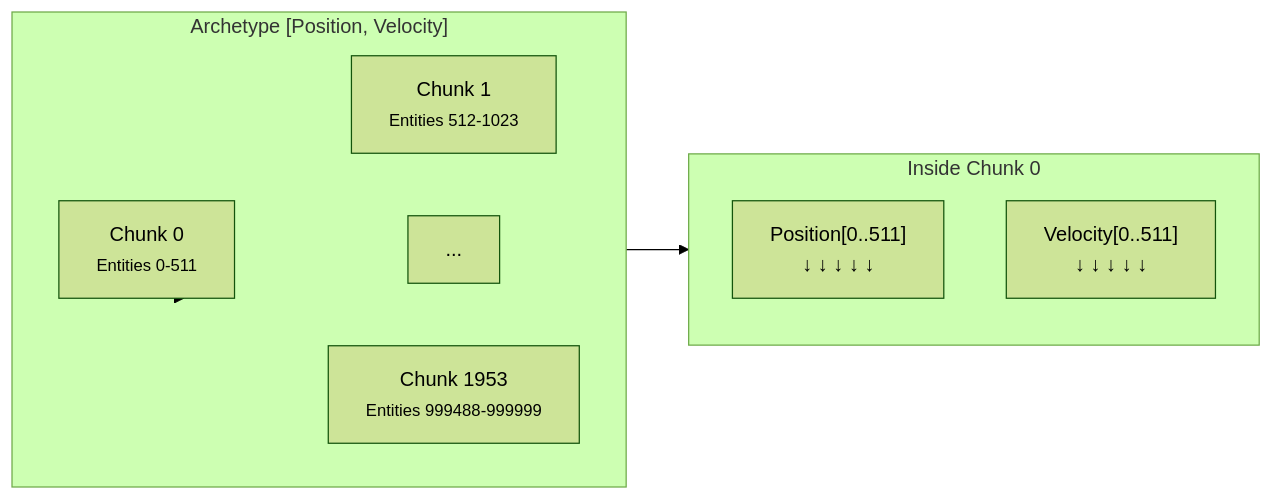
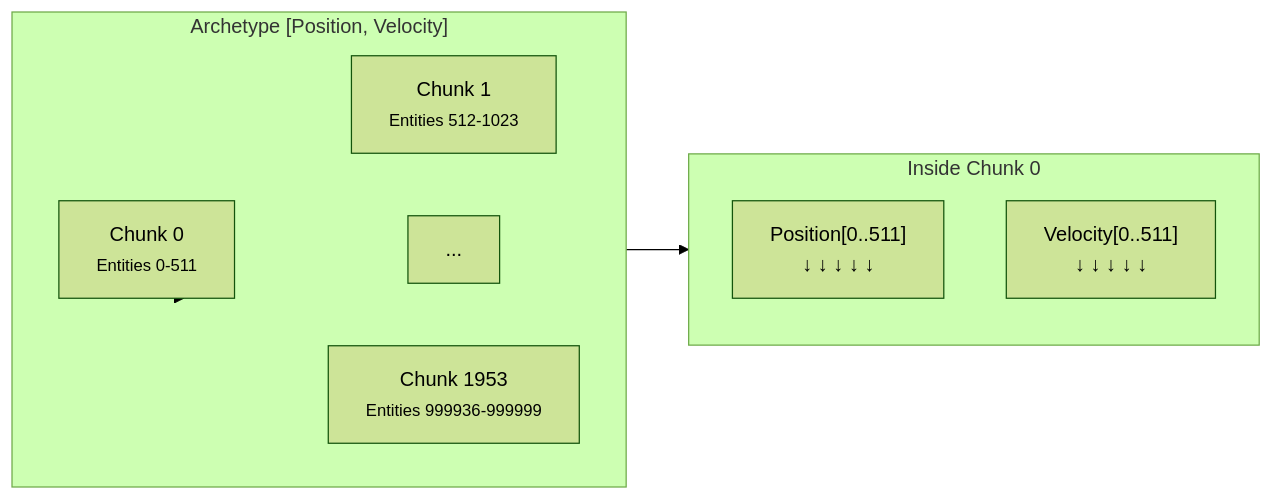
Before and after one commit to gilmar-sales/Freyr: the second of 2 diagrams in docs/getting-started/quick-start.md, drawn with Mermaid (forest theme). The commit also changed other lines of this file and 20 other files, not shown here.

````diff
--- a/docs/getting-started/quick-start.md
+++ b/docs/getting-started/quick-start.md
@@ -200,21 +206,21 @@
 ```mermaid
 graph LR
     subgraph Archetype["Archetype [Position, Velocity]"]
         direction LR
         C0["Chunk 0<br/><small>Entities 0-511</small>"]
         C1["Chunk 1<br/><small>Entities 512-1023</small>"]
         C2["..."]
-        C1953["Chunk 1953<br/><small>Entities 999488-999999</small>"]
+        C1953["Chunk 1953<br/><small>Entities 999936-999999</small>"]
     end
 
     subgraph Chunk0["Inside Chunk 0"]
         PA["Position[0..511]<br/>↓ ↓ ↓ ↓ ↓"]
         VA["Velocity[0..511]<br/>↓ ↓ ↓ ↓ ↓"]
     end
 
     Archetype --> C0
     Archetype --> C1
     Archetype --> C2
     Archetype --> C1953
     C0 --> Chunk0
 ```
````
